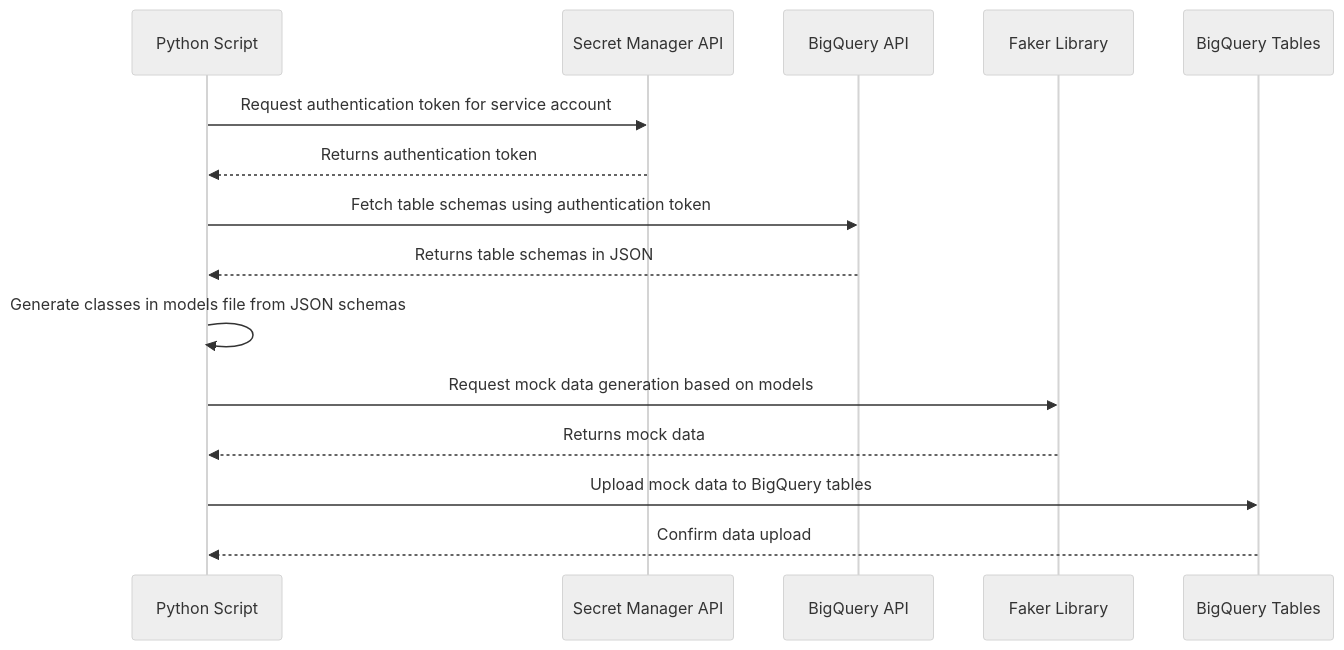
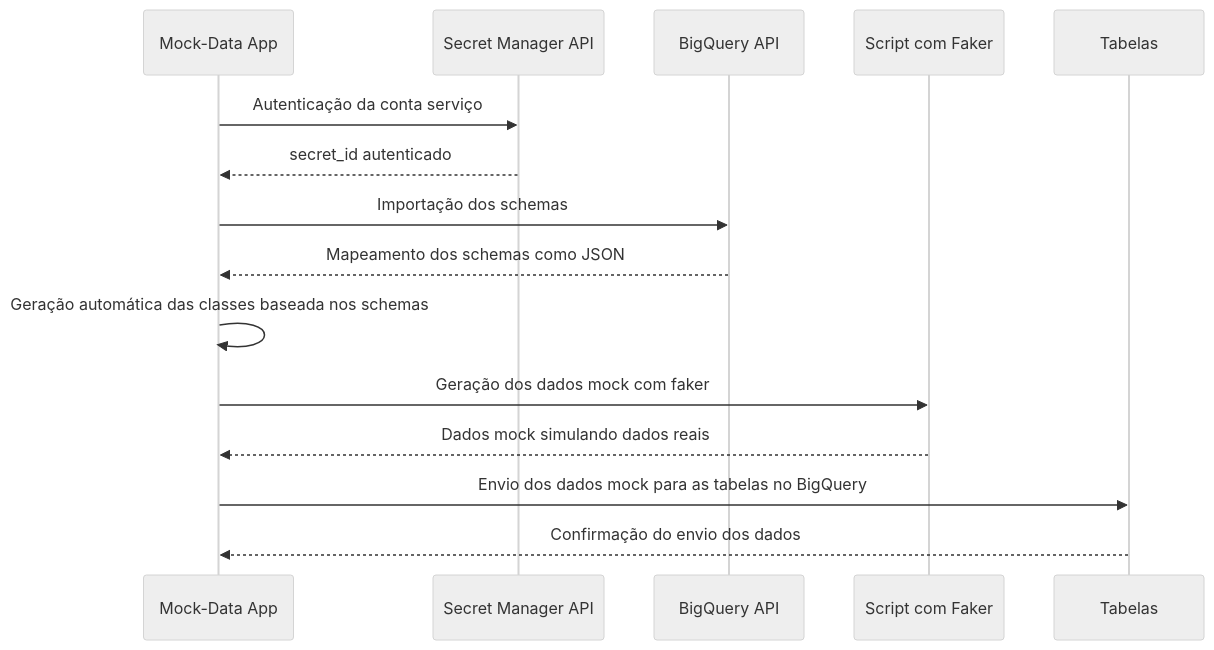
The second of 2 diagrams in README.md (2RP-Squad404/mdg_script), drawn with Mermaid (neutral theme) before and after one commit. The commit also changed other lines of this file, not shown here.

Commit message:
:books: docs: update readme

````diff
--- a/README.md
+++ b/README.md
@@ -51,22 +39,22 @@
 ```mermaid
 sequenceDiagram
-    participant Python Script
+    participant Mock-Data App
     participant Secret Manager API
     participant BigQuery API
-    participant Faker Library
-    participant BigQuery Tables
+    participant Script com Faker
+    participant Tabelas
 
-    Python Script->>Secret Manager API: Request authentication token for service account
-    Secret Manager API-->>Python Script: Returns authentication token
+    Mock-Data App->>Secret Manager API: Autenticação da conta serviço
+    Secret Manager API-->>Mock-Data App: secret_id autenticado 
     
-    Python Script->>BigQuery API: Fetch table schemas using authentication token
-    BigQuery API-->>Python Script: Returns table schemas in JSON
+    Mock-Data App->>BigQuery API: Importação dos schemas
+    BigQuery API-->>Mock-Data App: Mapeamento dos schemas como JSON
     
-    Python Script->>Python Script: Generate classes in models file from JSON schemas
+    Mock-Data App->>Mock-Data App: Geração automática das classes baseada nos schemas 
     
-    Python Script->>Faker Library: Request mock data generation based on models
-    Faker Library-->>Python Script: Returns mock data
+    Mock-Data App->>Script com Faker: Geração dos dados mock com faker
+    Script com Faker-->>Mock-Data App: Dados mock simulando dados reais
     
-    Python Script->>BigQuery Tables: Upload mock data to BigQuery tables
-    BigQuery Tables-->>Python Script: Confirm data upload
+    Mock-Data App->>Tabelas: Envio dos dados mock para as tabelas no BigQuery
+    Tabelas-->>Mock-Data App: Confirmação do envio dos dados
 ```
````
